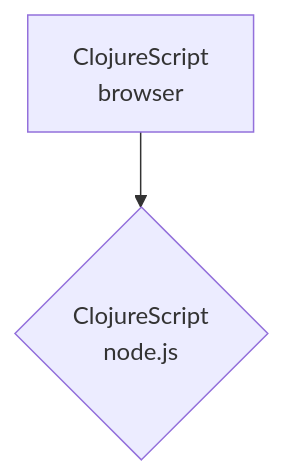
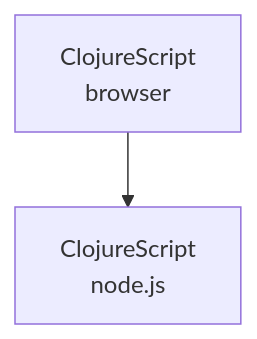
One commit to chr15m/hoc-2024 changed the second of 2 diagrams in slides/slides.md. Above: the diagram before and after it, drawn with Mermaid. The commit also changed other lines of this file, not shown here.

````diff
--- a/slides/slides.md
+++ b/slides/slides.md
@@ -172,4 +199,4 @@
 ```mermaid
 graph TD
-B[ClojureScript<br>browser] --> C{ClojureScript<br>node.js}
+B[ClojureScript<br>browser] --> C[ClojureScript<br>node.js]
 ```
````
